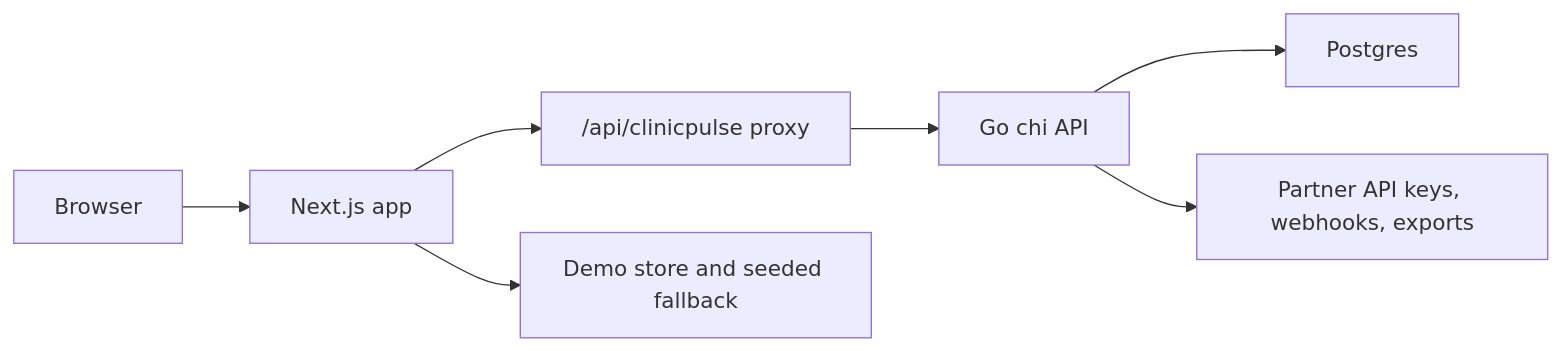
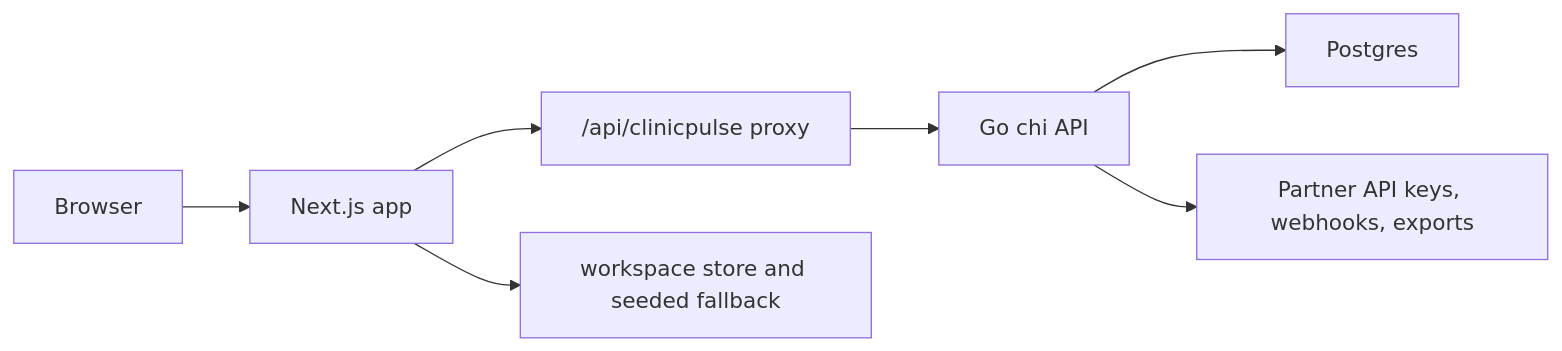
The diagram in README.md (nyashahama/clinic-pulse), drawn with Mermaid before and after one commit. The commit also changed other lines of this file and 501 other files, not shown here.

````diff
--- a/README.md
+++ b/README.md
@@ -105,9 +105,9 @@
 ```mermaid
 flowchart LR
   Browser["Browser"] --> Next["Next.js app"]
   Next --> Proxy["/api/clinicpulse proxy"]
   Proxy --> API["Go chi API"]
   API --> Postgres["Postgres"]
-  Next --> DemoStore["Demo store and seeded fallback"]
+  Next --> WorkspaceStore["workspace store and seeded fallback"]
   API --> Partner["Partner API keys, webhooks, exports"]
 ```
````
